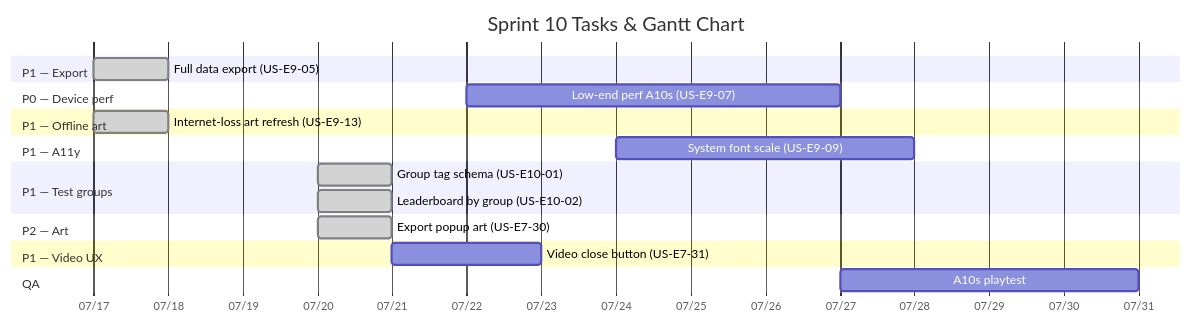
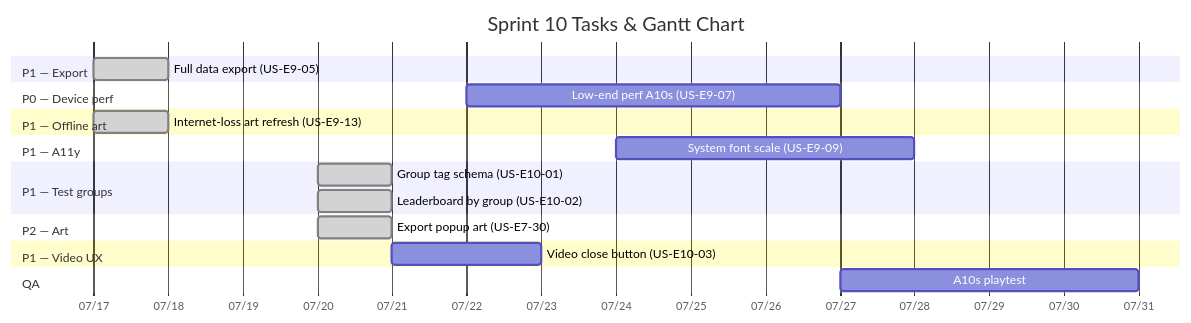
One commit to ChayutChanmueang/mci-cognitive-game-hub-dev-deploy changed the diagram in docs/agile/sprint-backlogs/sprint-10.md. Above: the diagram before and after it, drawn with Mermaid. The commit also changed other lines of this file and 7 other files, not shown here.

First line of the commit message:
docs: renumber the video close-button story US-E7-31 -> US-E10-03

````diff
--- a/docs/agile/sprint-backlogs/sprint-10.md
+++ b/docs/agile/sprint-backlogs/sprint-10.md
@@ -12,23 +12,23 @@
 ```mermaid
 gantt
     title Sprint 10 Tasks & Gantt Chart
     dateFormat  YYYY-MM-DD
     axisFormat  %m/%d
     section P1 — Export
     Full data export (US-E9-05)      :done, t5, 2026-07-17, 1d
     section P0 — Device perf
     Low-end perf A10s (US-E9-07)     :t7, 2026-07-22, 5d
     section P1 — Offline art
     Internet-loss art refresh (US-E9-13) :done, t13, 2026-07-17, 1d
     section P1 — A11y
     System font scale (US-E9-09)     :t9, 2026-07-24, 4d
     section P1 — Test groups
     Group tag schema (US-E10-01)     :done, t101, 2026-07-20, 1d
     Leaderboard by group (US-E10-02) :done, t102, 2026-07-20, 1d
     section P2 — Art
     Export popup art (US-E7-30)      :done, t730, 2026-07-20, 1d
     section P1 — Video UX
-    Video close button (US-E7-31)    :t731, 2026-07-21, 2d
+    Video close button (US-E10-03)   :t1003, 2026-07-21, 2d
     section QA
     A10s playtest                    :q1, 2026-07-27, 4d
 ```
````
